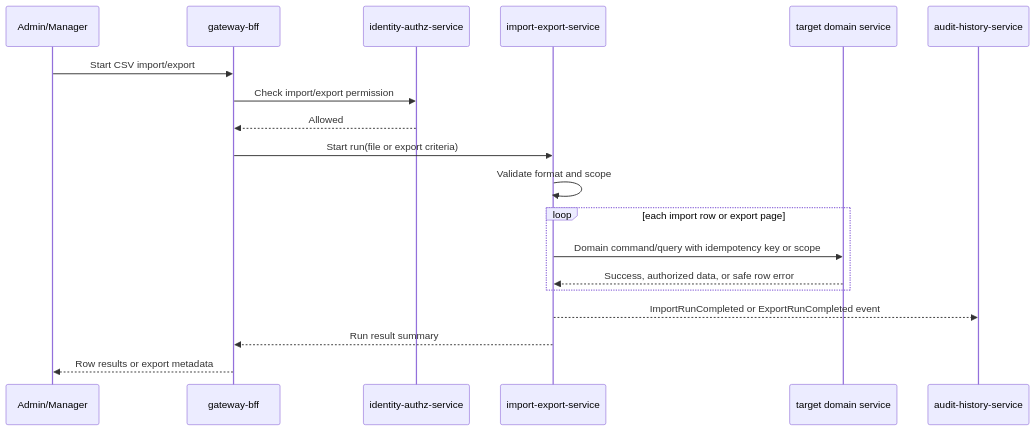
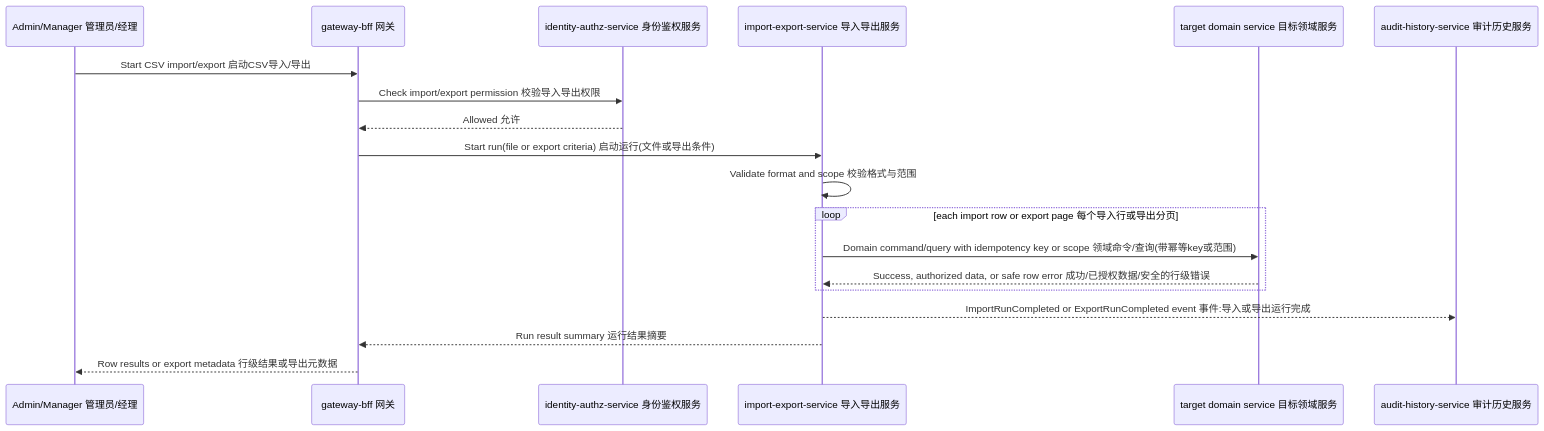
One commit to Neil996777/crm-system changed the eighth of 14 diagrams in docs/architecture/architecture.md. Above: the diagram before and after it, drawn with Mermaid. The commit also changed other lines of this file and 33 other files, not shown here.

````diff
--- a/docs/architecture/architecture.md
+++ b/docs/architecture/architecture.md
@@ -369,22 +369,22 @@
 ```mermaid
 sequenceDiagram
-  participant U as Admin/Manager
-  participant G as gateway-bff
-  participant P as identity-authz-service
-  participant I as import-export-service
-  participant T as target domain service
-  participant H as audit-history-service
+  participant U as Admin/Manager 管理员/经理
+  participant G as gateway-bff 网关
+  participant P as identity-authz-service 身份鉴权服务
+  participant I as import-export-service 导入导出服务
+  participant T as target domain service 目标领域服务
+  participant H as audit-history-service 审计历史服务
 
-  U->>G: Start CSV import/export
-  G->>P: Check import/export permission
-  P-->>G: Allowed
-  G->>I: Start run(file or export criteria)
-  I->>I: Validate format and scope
-  loop each import row or export page
-    I->>T: Domain command/query with idempotency key or scope
-    T-->>I: Success, authorized data, or safe row error
+  U->>G: Start CSV import/export 启动CSV导入/导出
+  G->>P: Check import/export permission 校验导入导出权限
+  P-->>G: Allowed 允许
+  G->>I: Start run(file or export criteria) 启动运行(文件或导出条件)
+  I->>I: Validate format and scope 校验格式与范围
+  loop each import row or export page 每个导入行或导出分页
+    I->>T: Domain command/query with idempotency key or scope 领域命令/查询(带幂等key或范围)
+    T-->>I: Success, authorized data, or safe row error 成功/已授权数据/安全的行级错误
   end
-  I-->>H: ImportRunCompleted or ExportRunCompleted event
-  I-->>G: Run result summary
-  G-->>U: Row results or export metadata
+  I-->>H: ImportRunCompleted or ExportRunCompleted event 事件:导入或导出运行完成
+  I-->>G: Run result summary 运行结果摘要
+  G-->>U: Row results or export metadata 行级结果或导出元数据
 ```
````
